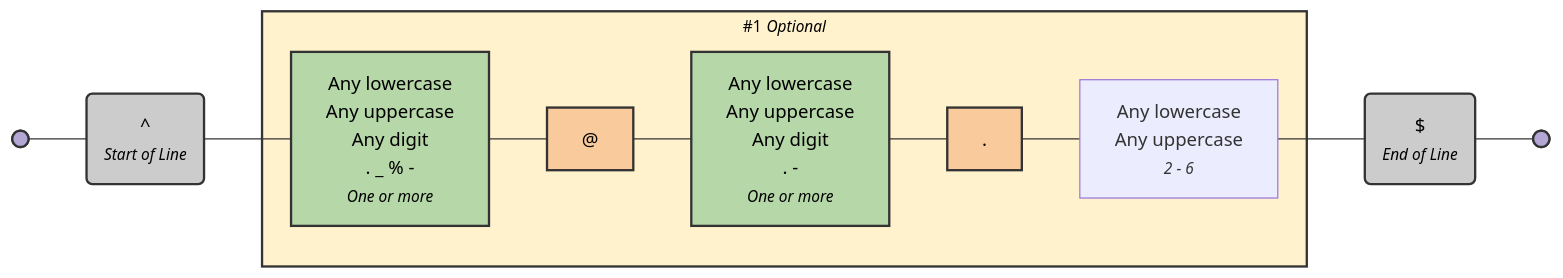
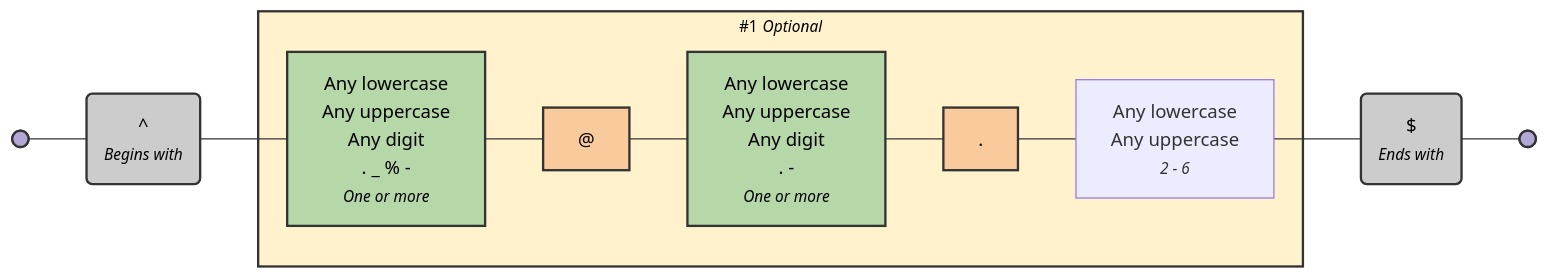
The diagram in diagrams/example-3.mermaid (tayles/regex-to-mermaid), drawn with Mermaid before and after one commit. The commit also changed 6 other files, not shown here.

```diff
--- a/diagrams/example-3.mermaid
+++ b/diagrams/example-3.mermaid
@@ -1,67 +1,67 @@
 %% /^([a-zA-Z0-9._%-]+@[a-zA-Z0-9.-]+\.[a-zA-Z]{2,6})*$/
 %% email
 
 graph LR
     %% Nodes
     start@{ shape: f-circ, label: "Start" };
     fin@{ shape: f-circ, label: "End" };
 
-    start_of_line("^<br><i><small>Start of Line</small></i>");
+    start_of_line("^<br><i><small>Begins with</small></i>");
     prefix["Any lowercase<br>Any uppercase<br>Any digit<br>. _ % -<br><i><small>One or more</small></i>"];
     at["@"];
     domain["Any lowercase<br>Any uppercase<br>Any digit<br>. -<br><i><small>One or more</small></i>"];
     dot["."];
     tld["Any lowercase<br>Any uppercase<br><i><small>2 - 6</small></i>"];
-    end_of_line("$<br><i><small>End of Line</small></i>");
+    end_of_line("$<br><i><small>Ends with</small></i>");
 
     %% Subgraphs
     subgraph group_1 ["<small>#1</small> <i><small>Optional</small></i>"];
         prefix
         at
         domain
         dot
         tld
     end
 
     %% Edges
     start --- start_of_line;
     start_of_line --- prefix;
     prefix --- at;
     at --- domain;
     domain --- dot;
     dot --- tld;
     tld --- end_of_line;
     end_of_line --- fin;
 
     %% Styling Definitions
     %% Node Styling
     classDef circle fill:#B4A7D6,stroke:#333,stroke-width:2px,color:black;
     classDef zeroOrMore fill:#FFE599,stroke:#333,stroke-width:2px,color:black;
     classDef oneOrMore fill:#B6D7A8,stroke:#333,stroke-width:2px,color:black;
     classDef zeroOrOne fill:#A2C4C9,stroke:#333,stroke-width:2px,color:black;
     classDef range fill:#76A5AF,stroke:#333,stroke-width:2px,color:black;
     classDef oneOf fill:#F6B26B,stroke:#333,stroke-width:2px,color:black;
     classDef noneOf fill:#E06666,stroke:#333,stroke-width:2px,color:black;
     classDef literal fill:#F9CB9C,stroke:#333,stroke-width:2px,color:black;
     classDef terminator fill:#CCCCCC,stroke:#333,stroke-width:2px,color:black;
 
     %% Group Styling
     classDef captureGroup fill:#FFF2CC,stroke:#333,stroke-width:2px,color:black;
     classDef namedCaptureGroup fill:#D9EAD3,stroke:#333,stroke-width:2px,color:black;
     classDef nonCapturingGroup fill:#CFE2F3,stroke:#333,stroke-width:2px,color:black;
     classDef positiveLookahead fill:#D5A6BD,stroke:#333,stroke-width:2px,color:black;
     classDef negativeLookahead fill:#A4C2F4,stroke:#333,stroke-width:2px,color:black;
     classDef positiveLookbehind fill:#B7B7B7,stroke:#333,stroke-width:2px,color:black;
     classDef negativeLookbehind fill:#EAD1DC,stroke:#333,stroke-width:2px,color:black;
     classDef optionalGroup fill:#D9D2E9,stroke:#333,stroke-width:2px,color:black;
 
     %% Apply Styling Classes
     %% Node Classes
     class start,fin circle;
     class start_of_line,end_of_line terminator;
     class at,dot literal;
     class prefix,domain oneOrMore;
     class tld twoOrMore;
 
     %% Group Classes
     class group_1 captureGroup;
```
